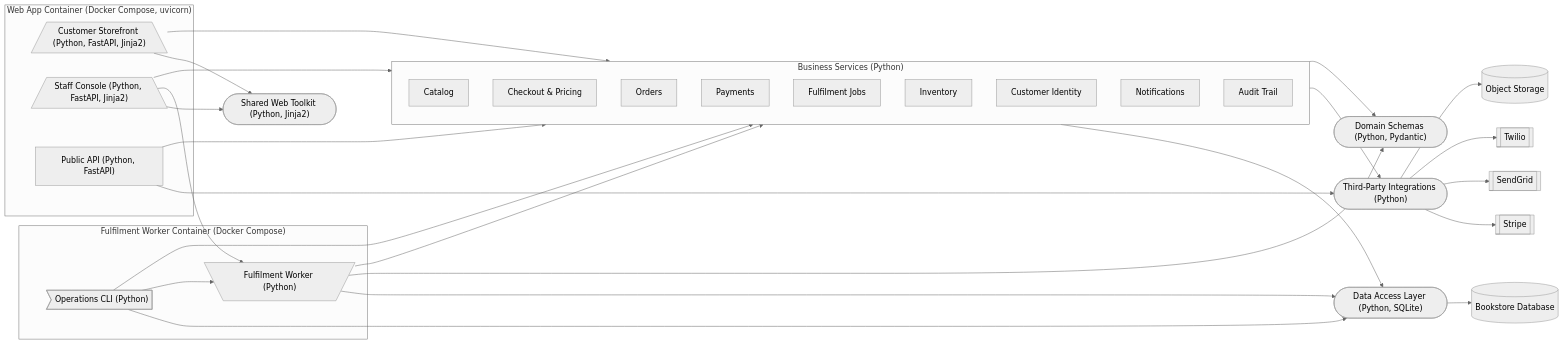
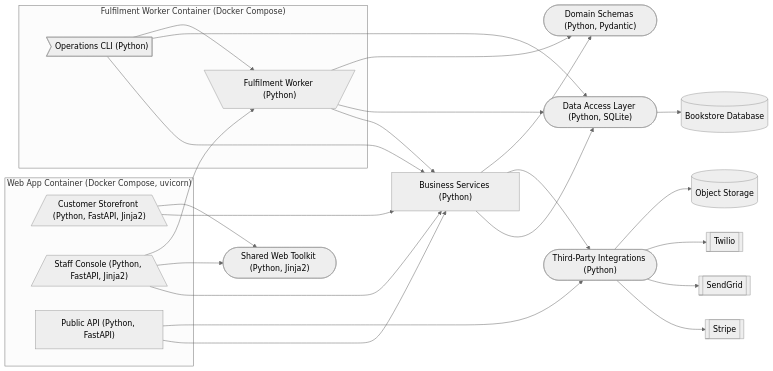
One commit to deepcodersinc/book-store changed the first of 3 diagrams in .unkode/arch_map.md. Above: the diagram before and after it, drawn with Mermaid. The commit also changed other lines of this file and 7 other files, not shown here.

````diff
--- a/.unkode/arch_map.md
+++ b/.unkode/arch_map.md
@@ -3,56 +3,46 @@
 ```mermaid
 %%{init: {'theme':'neutral'}}%%
 graph LR
     subgraph Web_App_Container["Web App Container (Docker Compose, uvicorn)"]
         Customer_Storefront[/"Customer Storefront (Python, FastAPI, Jinja2)"\]
         Staff_Console[/"Staff Console (Python, FastAPI, Jinja2)"\]
         Public_API["Public API (Python, FastAPI)"]
     end
     subgraph Fulfilment_Worker_Container["Fulfilment Worker Container (Docker Compose)"]
         Fulfilment_Worker[\"Fulfilment Worker (Python)"/]
         Operations_CLI>"Operations CLI (Python)"]
     end
-    subgraph Business_Services["Business Services (Python)"]
-        Business_Services_Catalog["Catalog"]
-        Business_Services_Checkout___Pricing["Checkout & Pricing"]
-        Business_Services_Orders["Orders"]
-        Business_Services_Payments["Payments"]
-        Business_Services_Fulfilment_Jobs["Fulfilment Jobs"]
-        Business_Services_Inventory["Inventory"]
-        Business_Services_Customer_Identity["Customer Identity"]
-        Business_Services_Notifications["Notifications"]
-        Business_Services_Audit_Trail["Audit Trail"]
-    end
+    Business_Services["Business Services (Python)"]
     Data_Access_Layer(["Data Access Layer (Python, SQLite)"])
     Third_Party_Integrations(["Third-Party Integrations (Python)"])
     Shared_Web_Toolkit(["Shared Web Toolkit (Python, Jinja2)"])
     Domain_Schemas(["Domain Schemas (Python, Pydantic)"])
 
     Bookstore_Database[("Bookstore Database")]
     Stripe[["Stripe"]]
     SendGrid[["SendGrid"]]
+    Twilio[["Twilio"]]
     Object_Storage[("Object Storage")]
-    Twilio[["Twilio"]]
 
     Customer_Storefront --> Business_Services
     Customer_Storefront --> Shared_Web_Toolkit
     Staff_Console --> Business_Services
     Staff_Console --> Shared_Web_Toolkit
     Staff_Console --> Fulfilment_Worker
     Public_API --> Business_Services
     Public_API --> Third_Party_Integrations
     Business_Services --> Data_Access_Layer
     Business_Services --> Third_Party_Integrations
     Business_Services --> Domain_Schemas
     Data_Access_Layer --> Bookstore_Database
     Third_Party_Integrations --> Stripe
     Third_Party_Integrations --> SendGrid
     Third_Party_Integrations --> Twilio
     Third_Party_Integrations --> Object_Storage
     Fulfilment_Worker --> Business_Services
     Fulfilment_Worker --> Data_Access_Layer
     Fulfilment_Worker --> Domain_Schemas
     Operations_CLI --> Business_Services
     Operations_CLI --> Data_Access_Layer
     Operations_CLI --> Fulfilment_Worker
 ```
````
